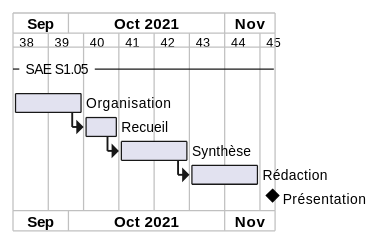
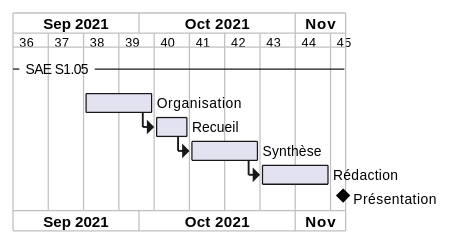
Before and after one commit to jmbruel/antora-template: the diagram in docs/modules/sae-1.5/pages/master.adoc, drawn with PlantUML. The commit also changed other lines of this file and 5 other files, not shown here.

```diff
--- a/docs/modules/sae-1.5/pages/master.adoc
+++ b/docs/modules/sae-1.5/pages/master.adoc
@@ -109,21 +94,23 @@
-[plantuml, format="svg", opts="interactive", svg-type="inline", width=100%]
+[plantuml, gantt, format="svg", opts="interactive", svg-type="inline", width=100%]
 ....
 @startgantt
 
 printscale weekly
 
-Project starts the 20th of September 2021
+Project starts the 6th of September 2021
 
 
 -- SAE S1.05 --
+
+[Organisation] starts the 20th of September 2021
 
 [Organisation] lasts 2 weeks
 then [Recueil] lasts 1 week
 then [Synthèse] lasts 2 weeks
 then [Rédaction] lasts 2 weeks
 
 '[Présentation] happens at [Rédaction]'s end
 [Présentation] happens the 10 November 2021
 
 @endgantt
 ....
```
